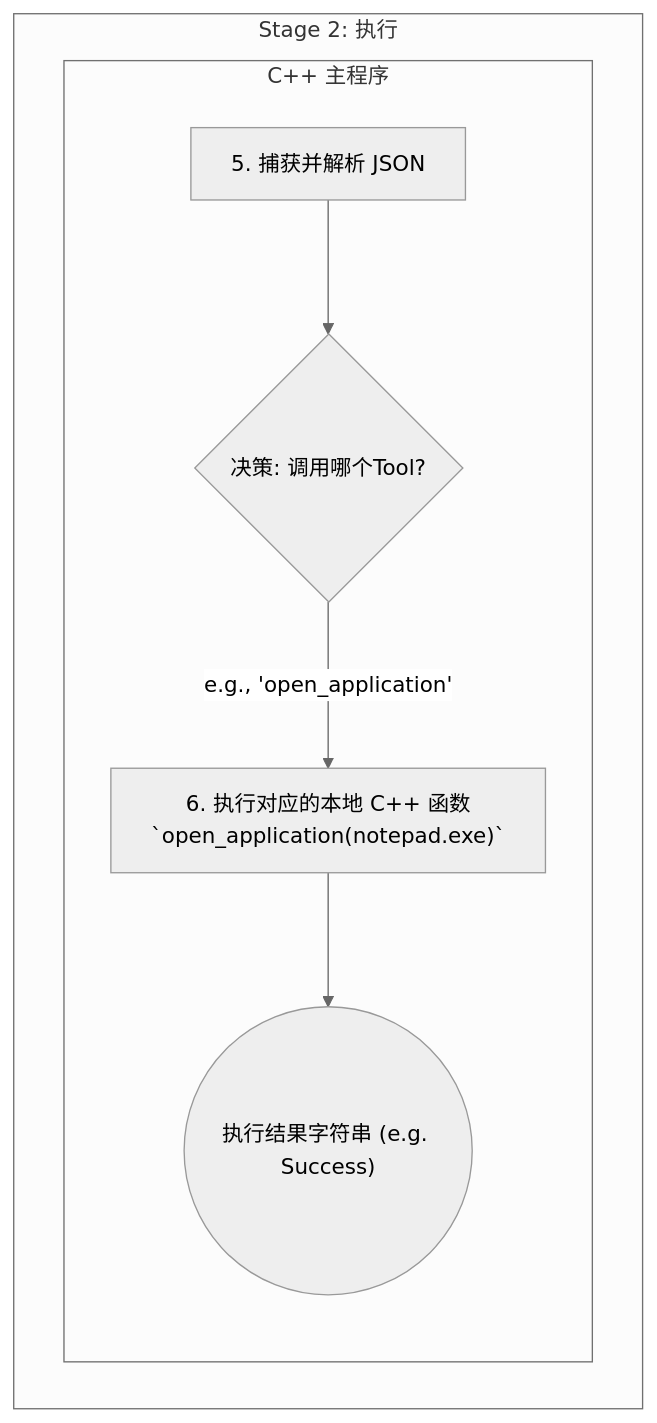
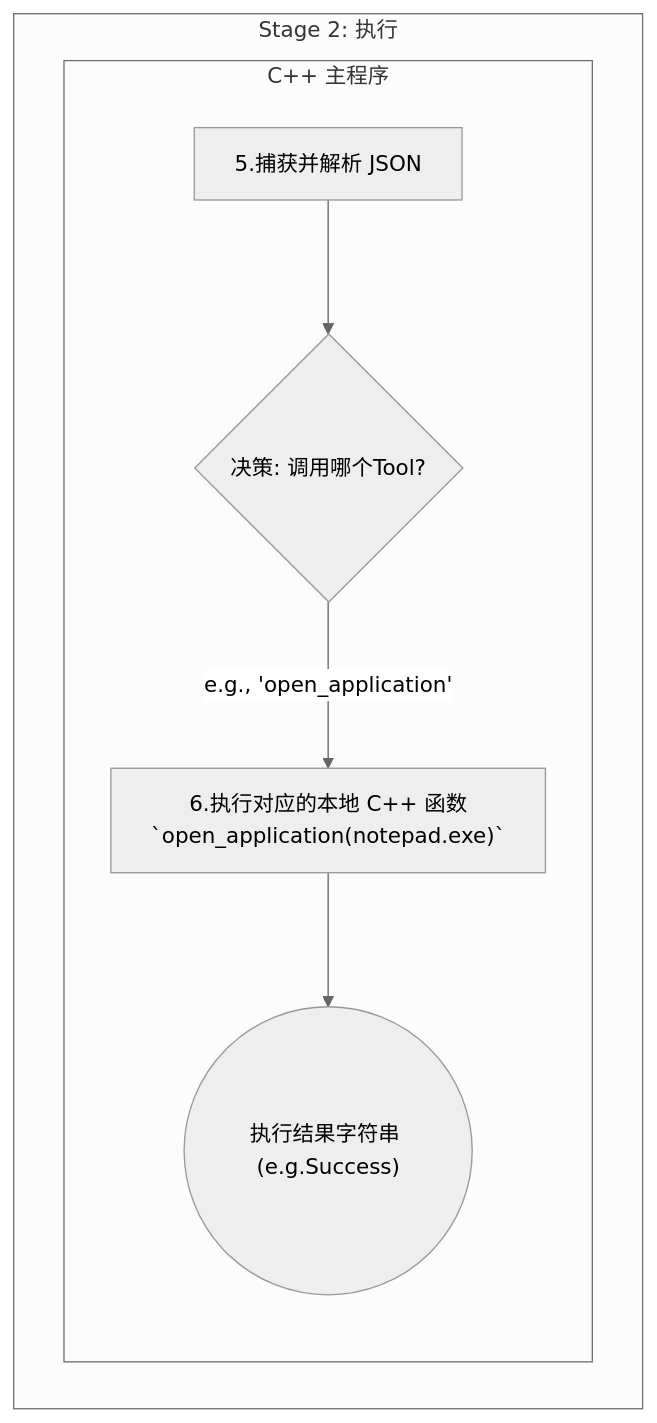
The second of 4 diagrams in docs/FlowChart.md (Jenwein/VoicePilot), drawn with Mermaid (neutral theme) before and after one commit. The commit also changed other lines of this file and 6 other files, not shown here.

````diff
--- a/docs/FlowChart.md
+++ b/docs/FlowChart.md
@@ -19,12 +19,12 @@
 ```mermaid
 graph TB
     %% 阶段 2: 执行 (Execute)
    subgraph "Stage 2: 执行"
         subgraph "C++ 主程序"
-            H[5. 捕获并解析 JSON]:::cpp;
+            H[5.捕获并解析 JSON]:::cpp;
             H --> I{决策: 调用哪个Tool?};
-            I -- "e.g., 'open_application'" --> J["6. 执行对应的本地 C++ 函数\n`open_application(notepad.exe)`"]:::cpp
-            J --> K(("执行结果字符串 (e.g. Success)")):::data
+            I -- "e.g., 'open_application'" --> J["6.执行对应的本地 C++ 函数\n`open_application(notepad.exe)`"]:::cpp
+            J --> K(("执行结果字符串 (e.g.Success)")):::data
         end
     end
 ```
````
